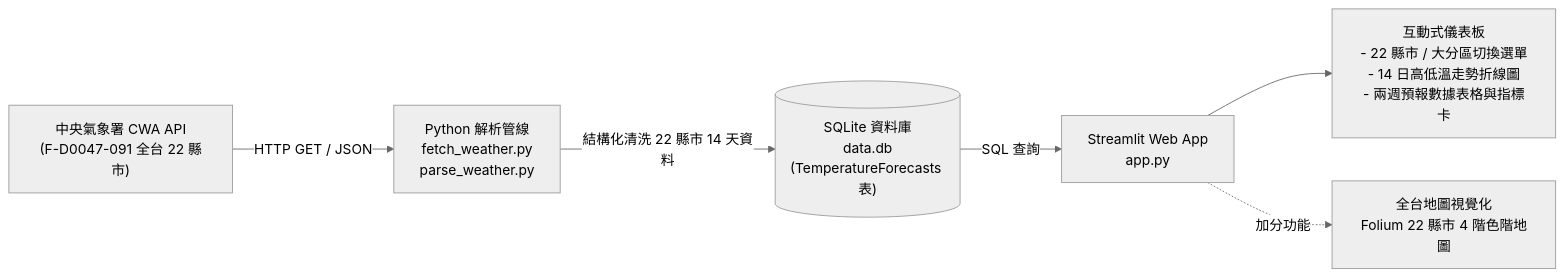
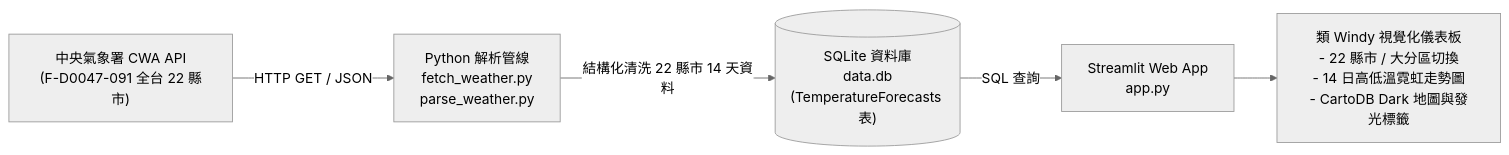
The diagram in README.md (kashak068/weather), drawn with Mermaid (neutral theme) before and after one commit. The commit also changed other lines of this file and 1 other file, not shown here.

Commit message:
UI: Overhaul visual design based on taiwan-weather-map with Windy dark glassmorphism, glowing badges and carto dark theme

````diff
--- a/README.md
+++ b/README.md
@@ -11,8 +30,7 @@
 ```mermaid
 flowchart LR
     A["中央氣象署 CWA API\n(F-D0047-091 全台 22 縣市)"] -->|"HTTP GET / JSON"| B["Python 解析管線\nfetch_weather.py\nparse_weather.py"]
     B -->|"結構化清洗 22 縣市 14 天資料"| C[("SQLite 資料庫\ndata.db\n(TemperatureForecasts 表)")]
     C -->|"SQL 查詢"| D["Streamlit Web App\napp.py"]
-    D --> E["互動式儀表板\n- 22 縣市 / 大分區切換選單\n- 14 日高低溫走勢折線圖\n- 兩週預報數據表格與指標卡"]
-    D -.->|"加分功能"| F["全台地圖視覺化\nFolium 22 縣市 4 階色階地圖"]
+    D --> E["類 Windy 視覺化儀表板\n- 22 縣市 / 大分區切換\n- 14 日高低溫霓虹走勢圖\n- CartoDB Dark 地圖與發光標籤"]
 ```
````
